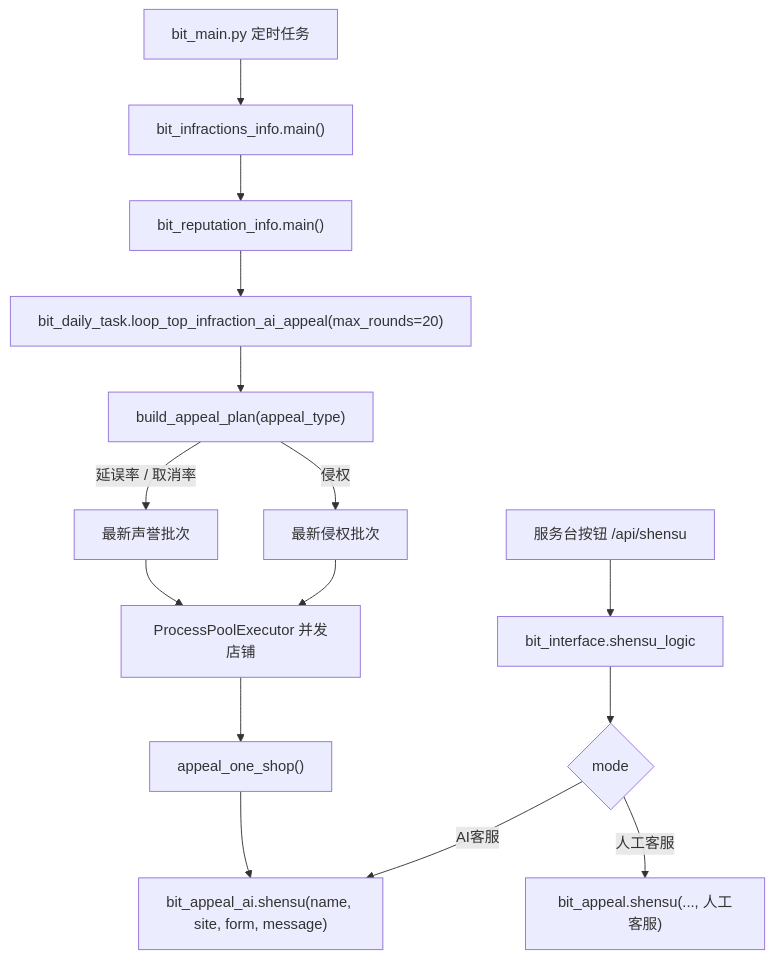
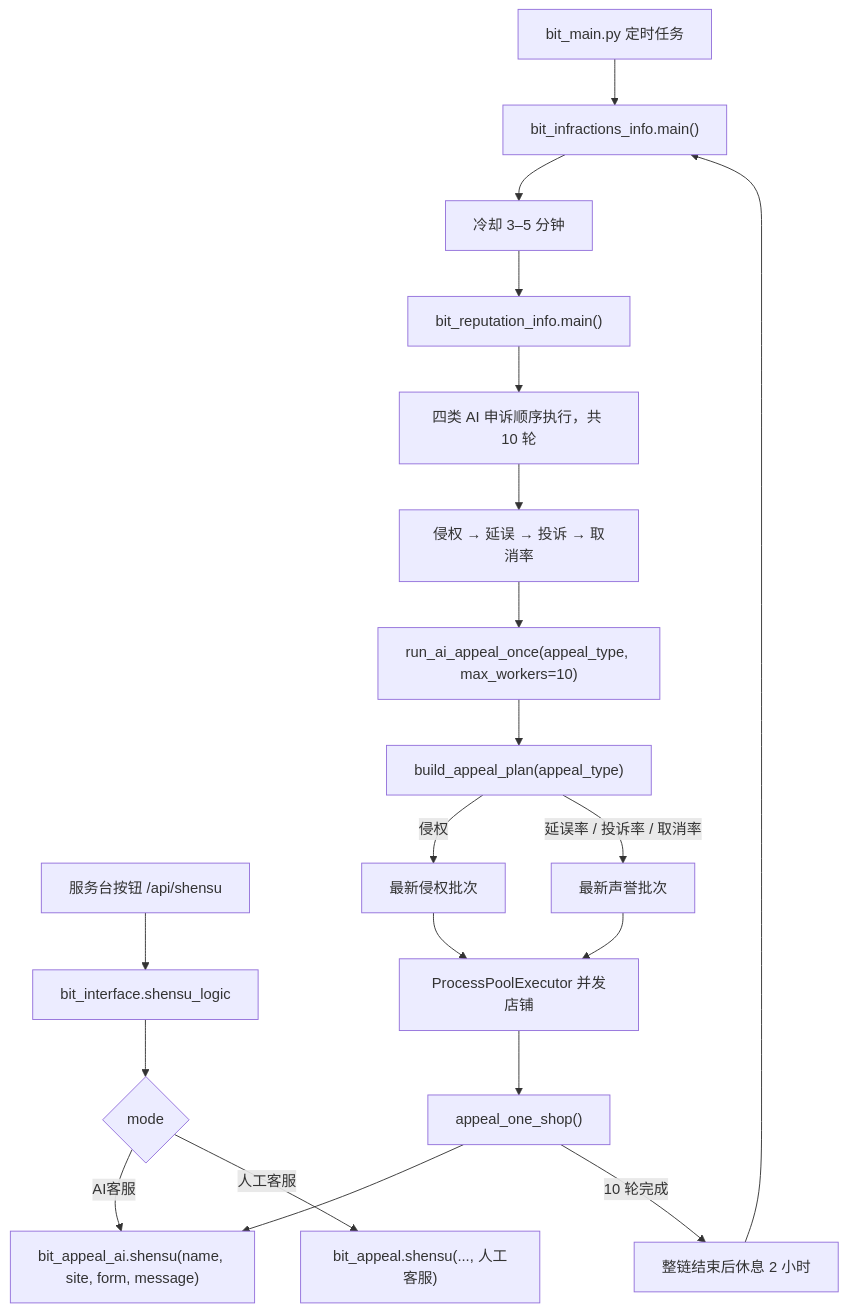
The second of 6 diagrams in docs/bit_bit_playwright_notes.md (Bruce-1208/mercado), drawn with Mermaid before and after one commit. The commit also changed other lines of this file and 247 other files, not shown here.

````diff
--- a/docs/bit_bit_playwright_notes.md
+++ b/docs/bit_bit_playwright_notes.md
@@ -111,18 +111,23 @@
 ```mermaid
 flowchart TD
   A["服务台按钮 /api/shensu"] --> B["bit_interface.shensu_logic"]
   B --> C{"mode"}
   C -->|"AI客服"| D["bit_appeal_ai.shensu(name, site, form, message)"]
   C -->|"人工客服"| H["bit_appeal.shensu(..., 人工客服)"]
 
   S["bit_main.py 定时任务"] --> S1["bit_infractions_info.main()"]
-  S1 --> S2["bit_reputation_info.main()"]
-  S2 --> S3["bit_daily_task.loop_top_infraction_ai_appeal(max_rounds=20)"]
-  S3 --> S4["build_appeal_plan(appeal_type)"]
-  S4 -->|"侵权"| S41["最新侵权批次"]
-  S4 -->|"延误率 / 取消率"| S42["最新声誉批次"]
+  S1 --> SW["冷却 3–5 分钟"]
+  SW --> S2["bit_reputation_info.main()"]
+  S2 --> S3["四类 AI 申诉顺序执行，共 10 轮"]
+  S3 --> S31["侵权 → 延误 → 投诉 → 取消率"]
+  S31 --> S4["run_ai_appeal_once(appeal_type, max_workers=10)"]
+  S4 --> S40["build_appeal_plan(appeal_type)"]
+  S40 -->|"侵权"| S41["最新侵权批次"]
+  S40 -->|"延误率 / 投诉率 / 取消率"| S42["最新声誉批次"]
   S41 --> S5["ProcessPoolExecutor 并发店铺"]
   S42 --> S5
   S5 --> S6["appeal_one_shop()"]
   S6 --> D
+  S6 -->|"10 轮完成"| S7["整链结束后休息 2 小时"]
+  S7 --> S1
 ```
````
